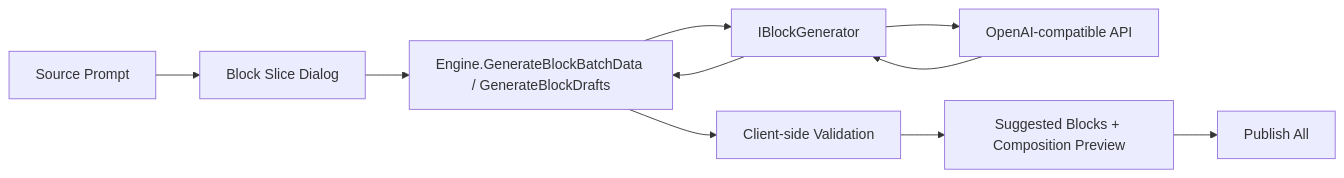
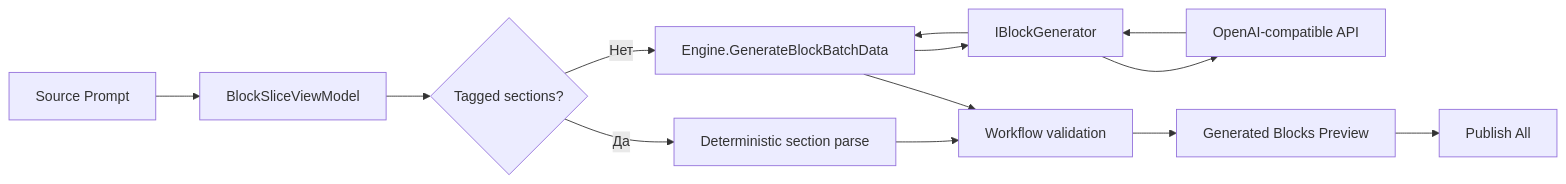
One commit to Artem535/TextFoundry changed the diagram in doc/modules/ROOT/pages/project/functions/prompt-slicing/system-design.adoc. Above: the diagram before and after it, drawn with Mermaid. The commit also changed other lines of this file and 9 other files, not shown here.

```diff
--- a/doc/modules/ROOT/pages/project/functions/prompt-slicing/system-design.adoc
+++ b/doc/modules/ROOT/pages/project/functions/prompt-slicing/system-design.adoc
@@ -36,13 +76,16 @@
 [mermaid]
 ----
 flowchart LR
-  Source["Source Prompt"] --> Dialog["Block Slice Dialog"]
-  Dialog --> Engine["Engine.GenerateBlockBatchData / GenerateBlockDrafts"]
+  Source["Source Prompt"] --> Dialog["BlockSliceViewModel"]
+  Dialog --> FastPath{"Tagged sections?"}
+  FastPath -->|Да| Parse["Deterministic section parse"]
+  FastPath -->|Нет| Engine["Engine.GenerateBlockBatchData"]
   Engine --> Generator["IBlockGenerator"]
   Generator --> Provider["OpenAI-compatible API"]
   Provider --> Generator
   Generator --> Engine
-  Engine --> Validate["Client-side Validation"]
-  Validate --> Drafts["Suggested Blocks + Composition Preview"]
-  Drafts --> Publish["Publish All"]
+  Parse --> Validate["Workflow validation"]
+  Engine --> Validate
+  Validate --> Preview["Generated Blocks Preview"]
+  Preview --> Publish["Publish All"]
 ----
```
